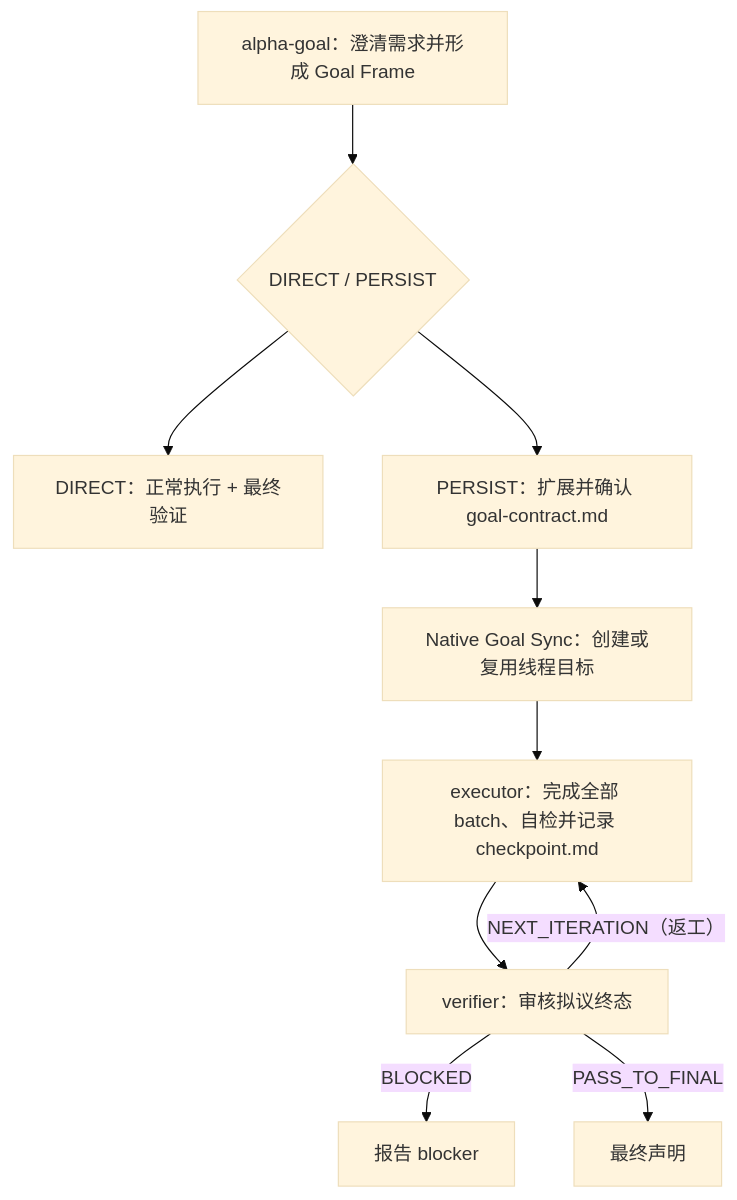
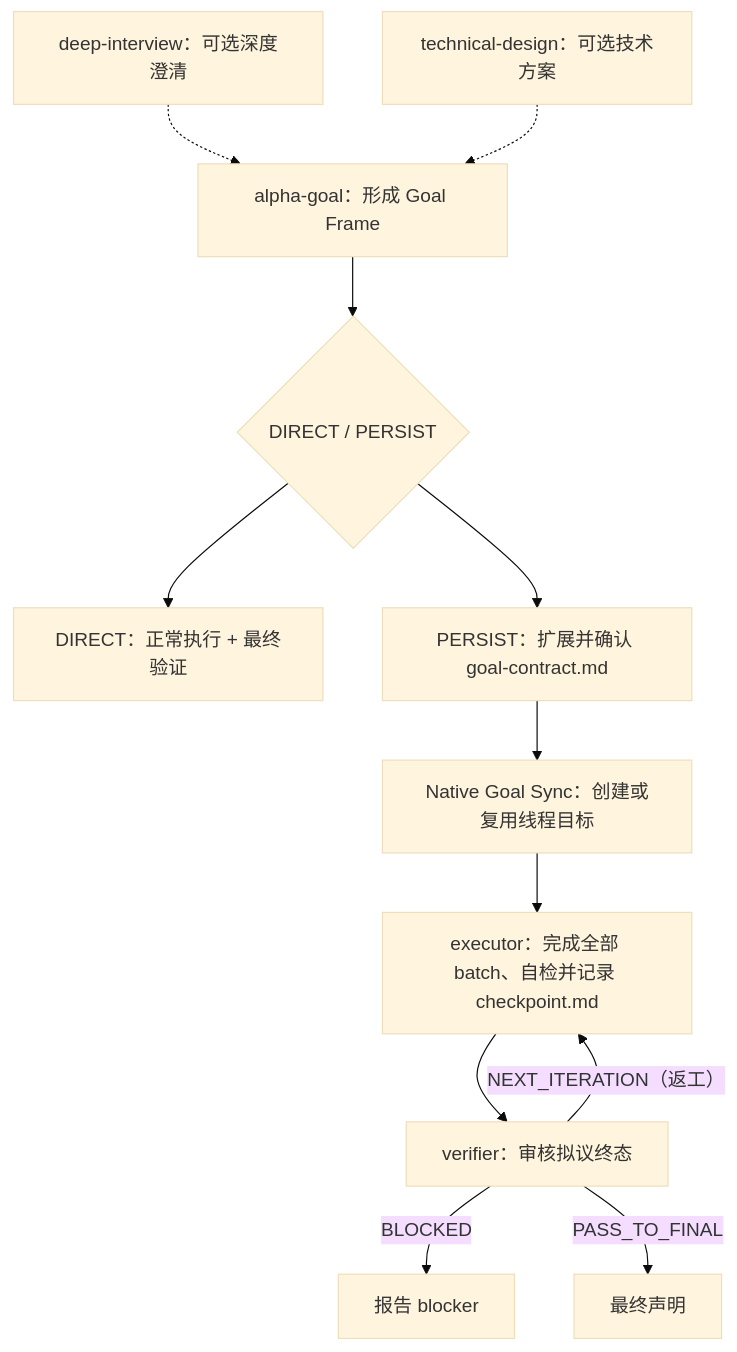
Before and after one commit to azhonglee/alpha-goal: the diagram in README.md, drawn with Mermaid (base theme). The commit also changed other lines of this file and 28 other files, not shown here.

````diff
--- a/README.md
+++ b/README.md
@@ -42,12 +42,14 @@
 ```mermaid
 flowchart TD
-  A["alpha-goal：澄清需求并形成 Goal Frame"] --> R{"DIRECT / PERSIST"}
+  I["deep-interview：可选深度澄清"] -.-> A["alpha-goal：形成 Goal Frame"]
+  T["technical-design：可选技术方案"] -.-> A
+  A --> R{"DIRECT / PERSIST"}
   R --> D["DIRECT：正常执行 + 最终验证"]
   R --> P["PERSIST：扩展并确认 goal-contract.md"]
   P --> S["Native Goal Sync：创建或复用线程目标"]
   S --> E["executor：完成全部 batch、自检并记录 checkpoint.md"]
   E --> V["verifier：审核拟议终态"]
   V -->|"NEXT_ITERATION（返工）"| E
   V -->|"BLOCKED"| B["报告 blocker"]
   V -->|"PASS_TO_FINAL"| F["最终声明"]
 ```
````
